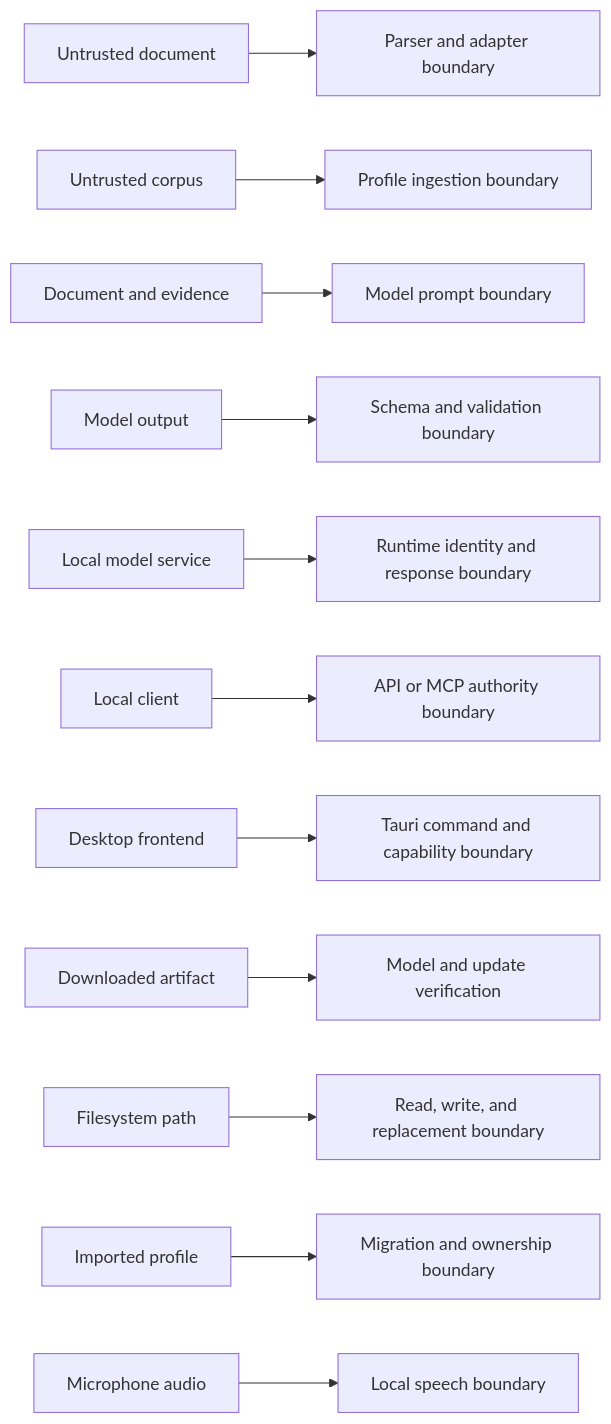
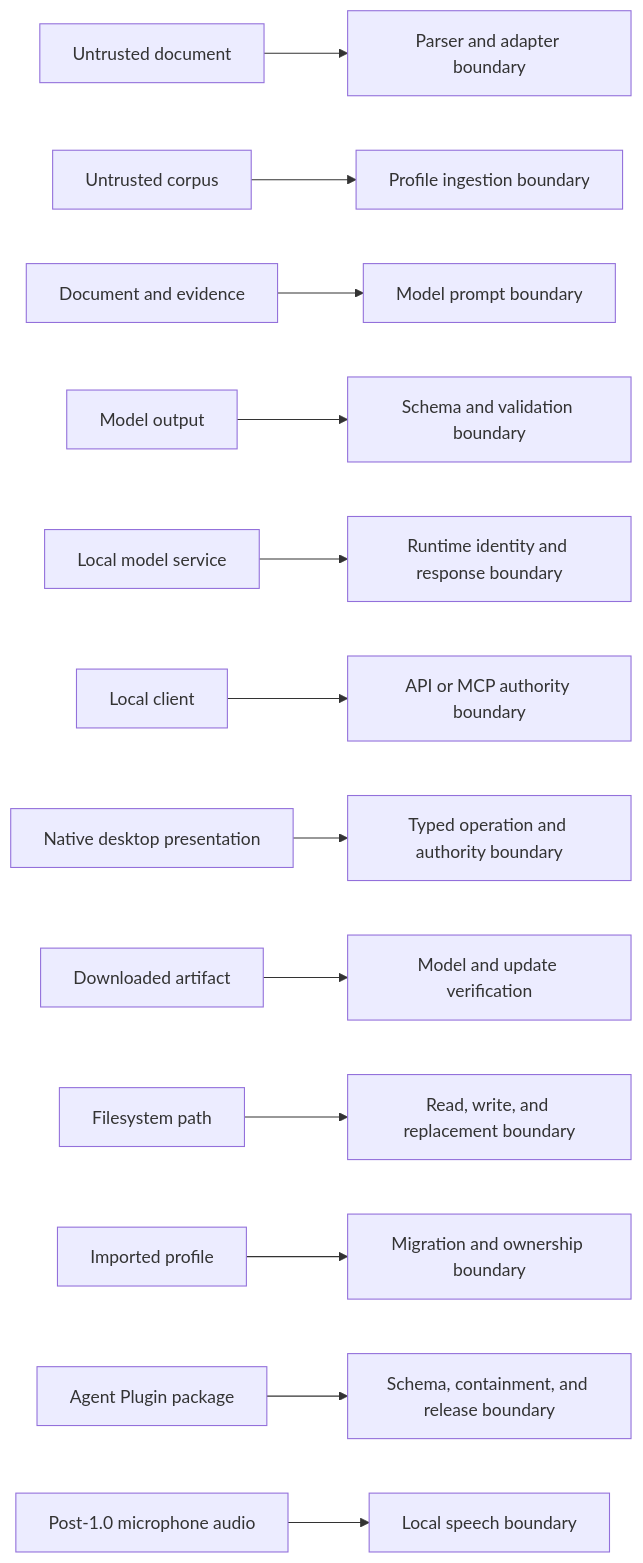
The diagram in docs/security.md (blisspixel/retonr), drawn with Mermaid before and after one commit. The commit also changed other lines of this file and 52 other files, not shown here.

Commit message:
Define reference-grade roadmap and evaluation corpus

````diff
--- a/docs/security.md
+++ b/docs/security.md
@@ -31,14 +38,15 @@
 ```mermaid
 flowchart LR
     Document["Untrusted document"] --> Parser["Parser and adapter boundary"]
     Corpus["Untrusted corpus"] --> Ingest["Profile ingestion boundary"]
     Prompt["Document and evidence"] --> Model["Model prompt boundary"]
     Output["Model output"] --> Validation["Schema and validation boundary"]
     Runtime["Local model service"] --> Identity["Runtime identity and response boundary"]
     Client["Local client"] --> Authority["API or MCP authority boundary"]
-    Frontend["Desktop frontend"] --> Commands["Tauri command and capability boundary"]
+    Frontend["Native desktop presentation"] --> Commands["Typed operation and authority boundary"]
     Artifact["Downloaded artifact"] --> Verification["Model and update verification"]
     Path["Filesystem path"] --> FileOps["Read, write, and replacement boundary"]
     Import["Imported profile"] --> Migration["Migration and ownership boundary"]
-    Audio["Microphone audio"] --> Speech["Local speech boundary"]
+    Plugin["Agent Plugin package"] --> PluginCheck["Schema, containment, and release boundary"]
+    Audio["Post-1.0 microphone audio"] --> Speech["Local speech boundary"]
 ```
````
